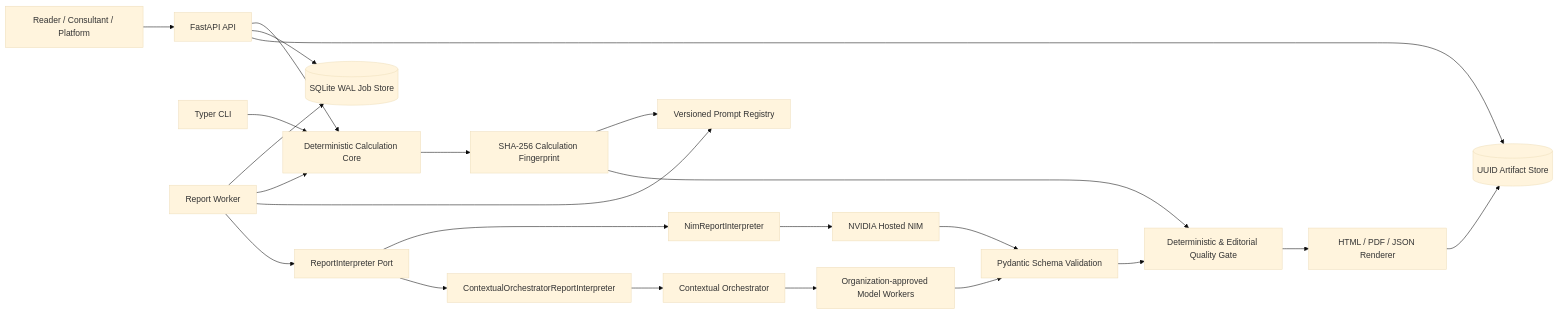
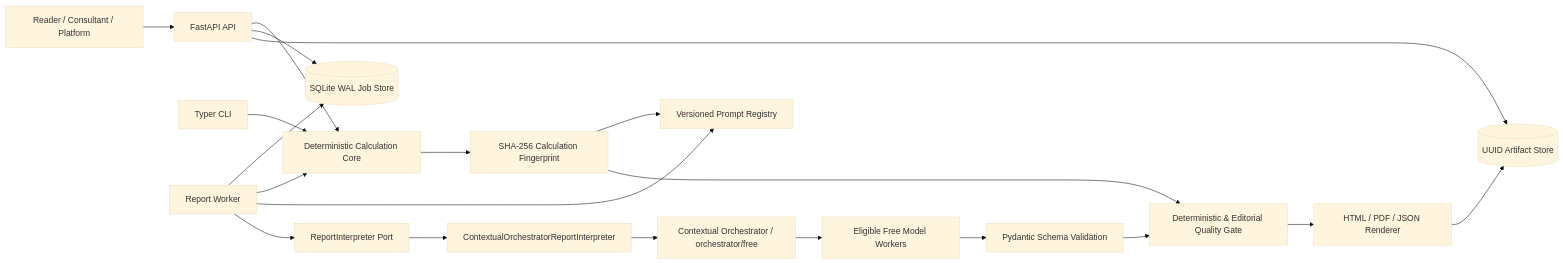
Before and after one commit to ContextualWisdomLab/four-pillars: the first of 7 diagrams in docs/uml/architecture.md, drawn with Mermaid (base theme). The commit also changed other lines of this file, not shown here.

Commit message:
docs(uml): show orchestration ACL as the only product LLM path

````diff
--- a/docs/uml/architecture.md
+++ b/docs/uml/architecture.md
@@ -5,25 +5,22 @@
 ```mermaid
 flowchart LR
   User[Reader / Consultant / Platform] --> API[FastAPI API]
   CLI[Typer CLI] --> Core
   API --> Core[Deterministic Calculation Core]
   API --> Queue[(SQLite WAL Job Store)]
   Worker[Report Worker] --> Queue
   Worker --> Core
   Worker --> Prompt[Versioned Prompt Registry]
   Worker --> Interpreter[ReportInterpreter Port]
-  Interpreter --> Direct[NimReportInterpreter]
-  Interpreter --> Gateway[ContextualOrchestratorReportInterpreter]
-  Direct --> NIM[NVIDIA Hosted NIM]
-  Gateway --> CO[Contextual Orchestrator]
-  CO --> Approved[Organization-approved Model Workers]
-  NIM --> Schema[Pydantic Schema Validation]
-  Approved --> Schema
+  Interpreter --> ACL[ContextualOrchestratorReportInterpreter]
+  ACL --> CO[Contextual Orchestrator / orchestrator/free]
+  CO --> Approved[Eligible Free Model Workers]
+  Approved --> Schema[Pydantic Schema Validation]
   Schema --> Quality[Deterministic & Editorial Quality Gate]
   Quality --> Render[HTML / PDF / JSON Renderer]
   Render --> Artifacts[(UUID Artifact Store)]
   API --> Artifacts
   Core --> Fingerprint[SHA-256 Calculation Fingerprint]
   Fingerprint --> Prompt
   Fingerprint --> Quality
 ```
````
